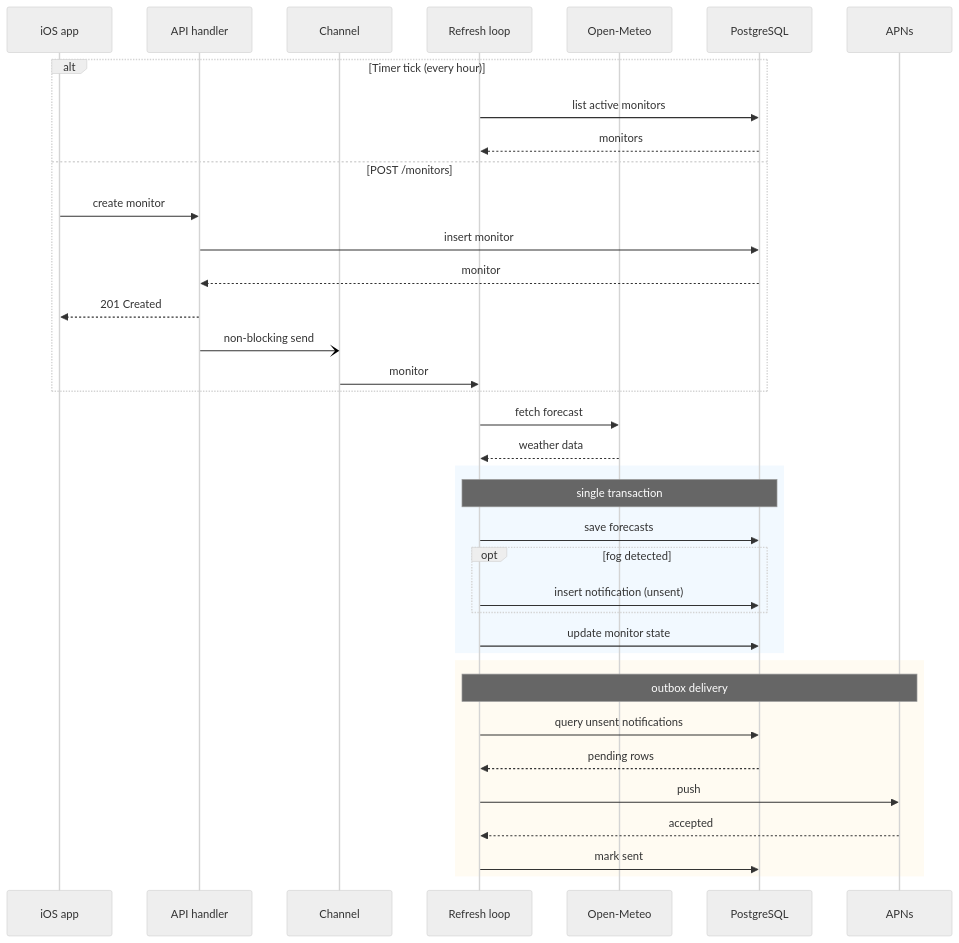
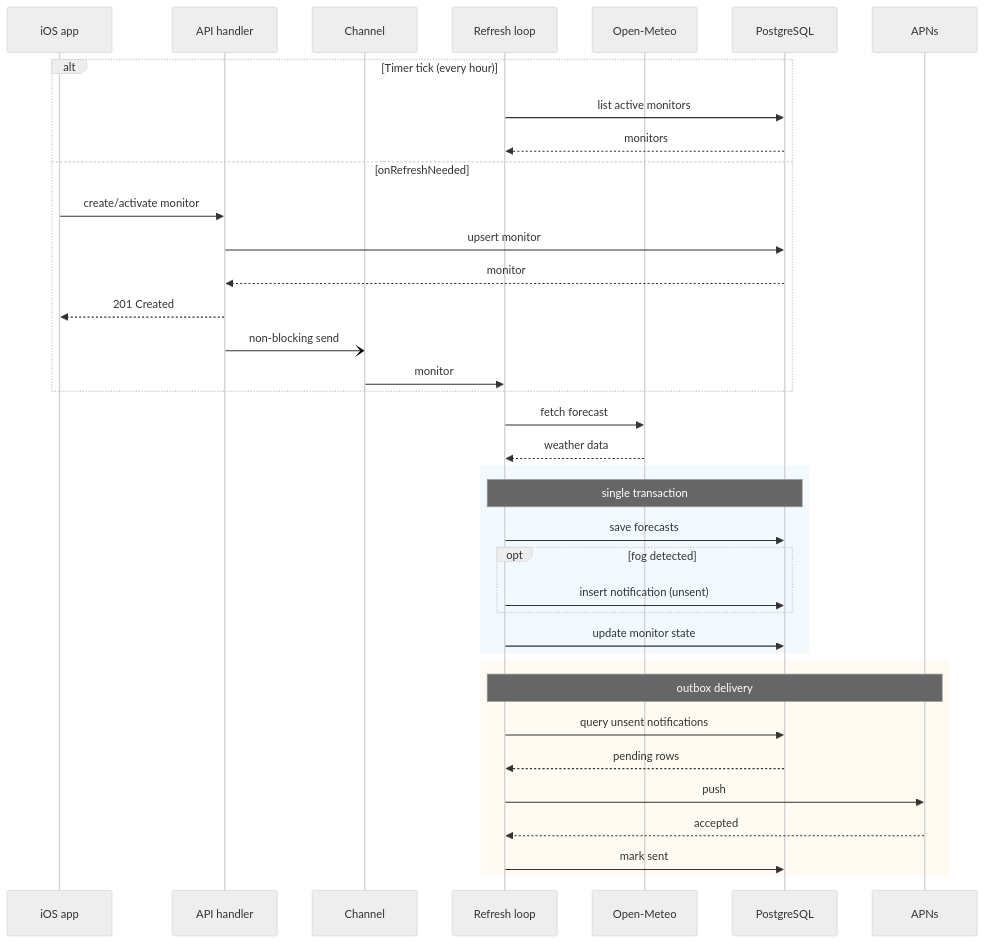
Before and after one commit to jochemloedeman/misty: the second of 2 diagrams in README.md, drawn with Mermaid (neutral theme).

````diff
--- a/README.md
+++ b/README.md
@@ -32,43 +32,43 @@
 ```mermaid
 sequenceDiagram
     participant App as iOS app
     participant API as API handler
     participant Ch as Channel
     participant Cycle as Refresh loop
     participant OM as Open-Meteo
     participant DB as PostgreSQL
     participant APNs
 
     alt Timer tick (every hour)
         Cycle->>DB: list active monitors
         DB-->>Cycle: monitors
-    else POST /monitors
-        App->>API: create monitor
-        API->>DB: insert monitor
+    else onRefreshNeeded
+        App->>API: create/activate monitor
+        API->>DB: upsert monitor
         DB-->>API: monitor
         API-->>App: 201 Created
         API-)Ch: non-blocking send
         Ch->>Cycle: monitor
     end
 
     Cycle->>OM: fetch forecast
     OM-->>Cycle: weather data
 
     rect rgba(0, 128, 255, 0.05)
         Note over Cycle,DB: single transaction
         Cycle->>DB: save forecasts
         opt fog detected
             Cycle->>DB: insert notification (unsent)
         end
         Cycle->>DB: update monitor state
     end
 
     rect rgba(255, 165, 0, 0.05)
         Note over Cycle,APNs: outbox delivery
         Cycle->>DB: query unsent notifications
         DB-->>Cycle: pending rows
         Cycle->>APNs: push
         APNs-->>Cycle: accepted
         Cycle->>DB: mark sent
     end
 ```
````
